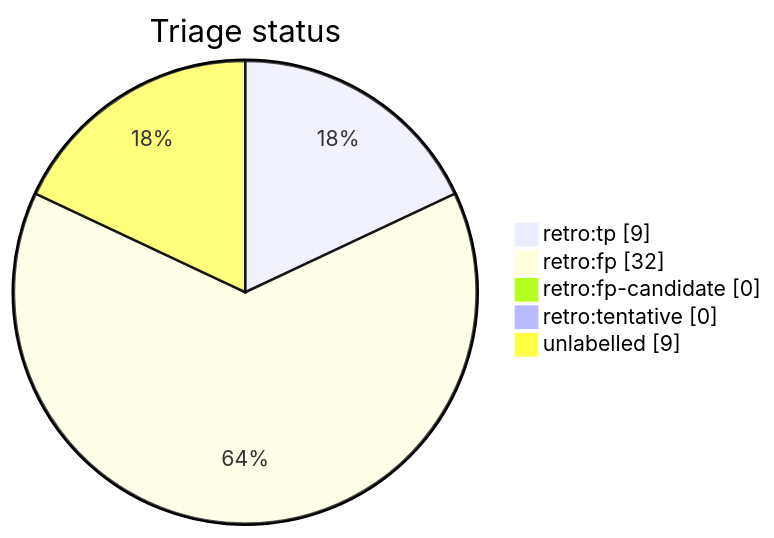
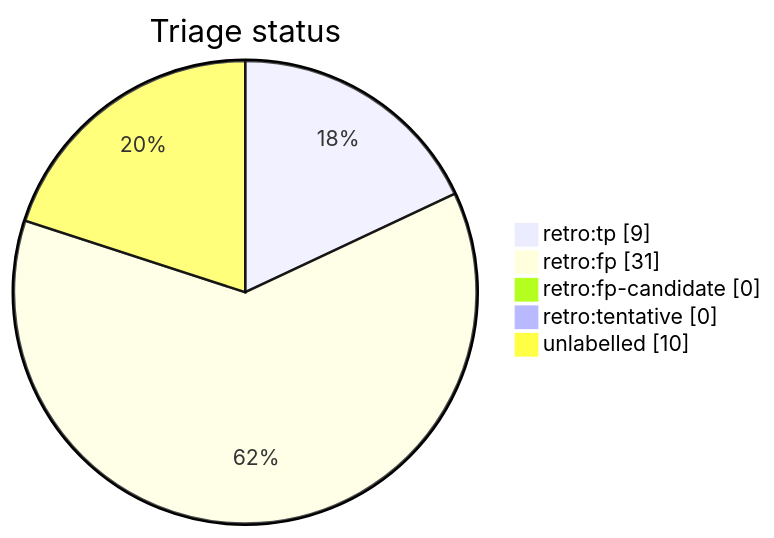
Before and after one commit to tvna/claude-md: the diagram in docs/generated/scripts/auto-retro-triage-report.md, drawn with Mermaid. The commit also changed other lines of this file, not shown here.

First line of the commit message:
chore(auto-retro): refresh triage report

````diff
--- a/docs/generated/scripts/auto-retro-triage-report.md
+++ b/docs/generated/scripts/auto-retro-triage-report.md
@@ -15,9 +15,9 @@
 ```mermaid
 pie showData
     title Triage status
     "retro:tp" : 9
-    "retro:fp" : 32
+    "retro:fp" : 31
     "retro:fp-candidate" : 0
     "retro:tentative" : 0
-    "unlabelled" : 9
+    "unlabelled" : 10
 ```
````
